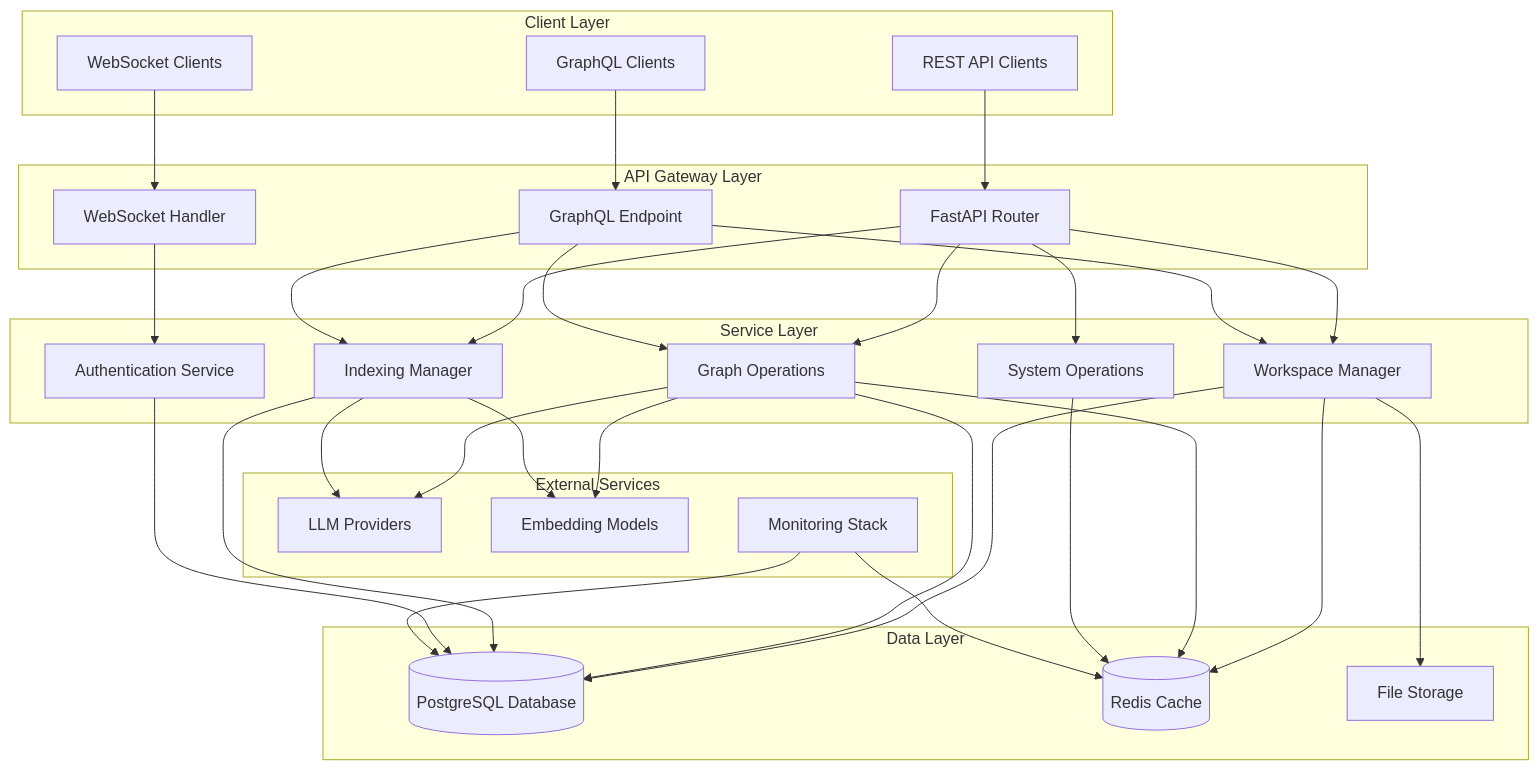
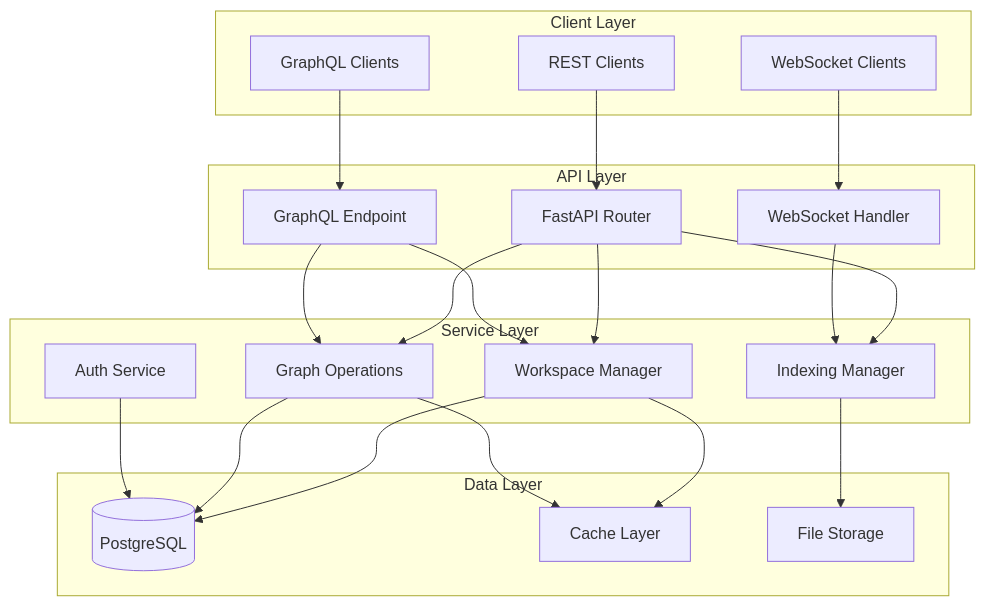
Before and after one commit to pierregrothe/graphrag-api: the diagram in README.md, drawn with Mermaid. The commit also changed other lines of this file and 13 other files, not shown here.

````diff
--- a/README.md
+++ b/README.md
@@ -61,64 +39,43 @@
 ```mermaid
 graph TB
     subgraph "Client Layer"
-        A[REST API Clients]
+        A[REST Clients]
         B[GraphQL Clients]
         C[WebSocket Clients]
     end
 
-    subgraph "API Gateway Layer"
+    subgraph "API Layer"
         D[FastAPI Router]
         E[GraphQL Endpoint]
         F[WebSocket Handler]
     end
 
     subgraph "Service Layer"
         G[Workspace Manager]
         H[Graph Operations]
         I[Indexing Manager]
-        J[System Operations]
-        K[Authentication Service]
+        J[Auth Service]
     end
 
     subgraph "Data Layer"
-        L[(PostgreSQL Database)]
-        M[(Redis Cache)]
-        N[File Storage]
-    end
-
-    subgraph "External Services"
-        O[LLM Providers]
-        P[Embedding Models]
-        Q[Monitoring Stack]
+        K[(PostgreSQL)]
+        L[Cache Layer]
+        M[File Storage]
     end
 
     A --> D
     B --> E
     C --> F
-
     D --> G
     D --> H
     D --> I
-    D --> J
     E --> G
     E --> H
-    E --> I
-    F --> K
-
+    F --> I
+    G --> K
+    H --> K
+    I --> M
+    J --> K
     G --> L
-    G --> M
-    G --> N
     H --> L
-    H --> M
-    I --> L
-    J --> M
-    K --> L
-
-    H --> O
-    H --> P
-    I --> O
-    I --> P
-
-    Q --> L
-    Q --> M
 ```
````
